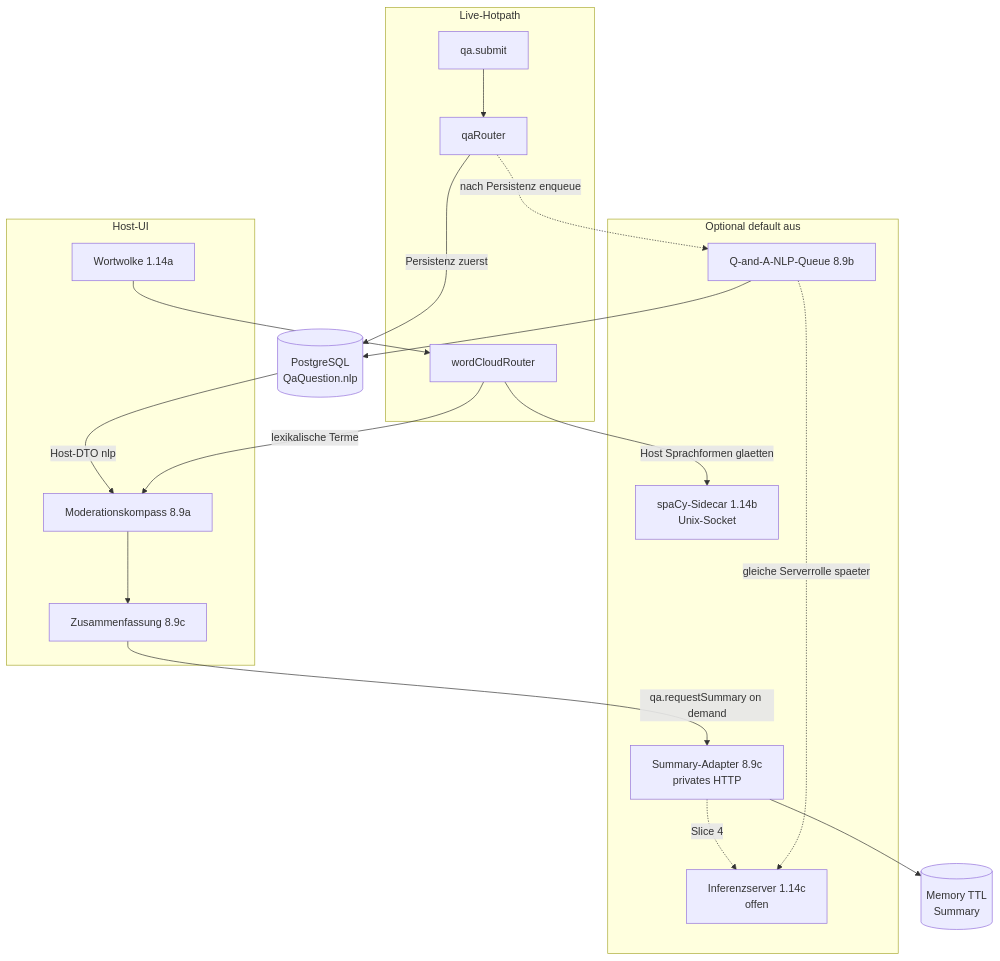
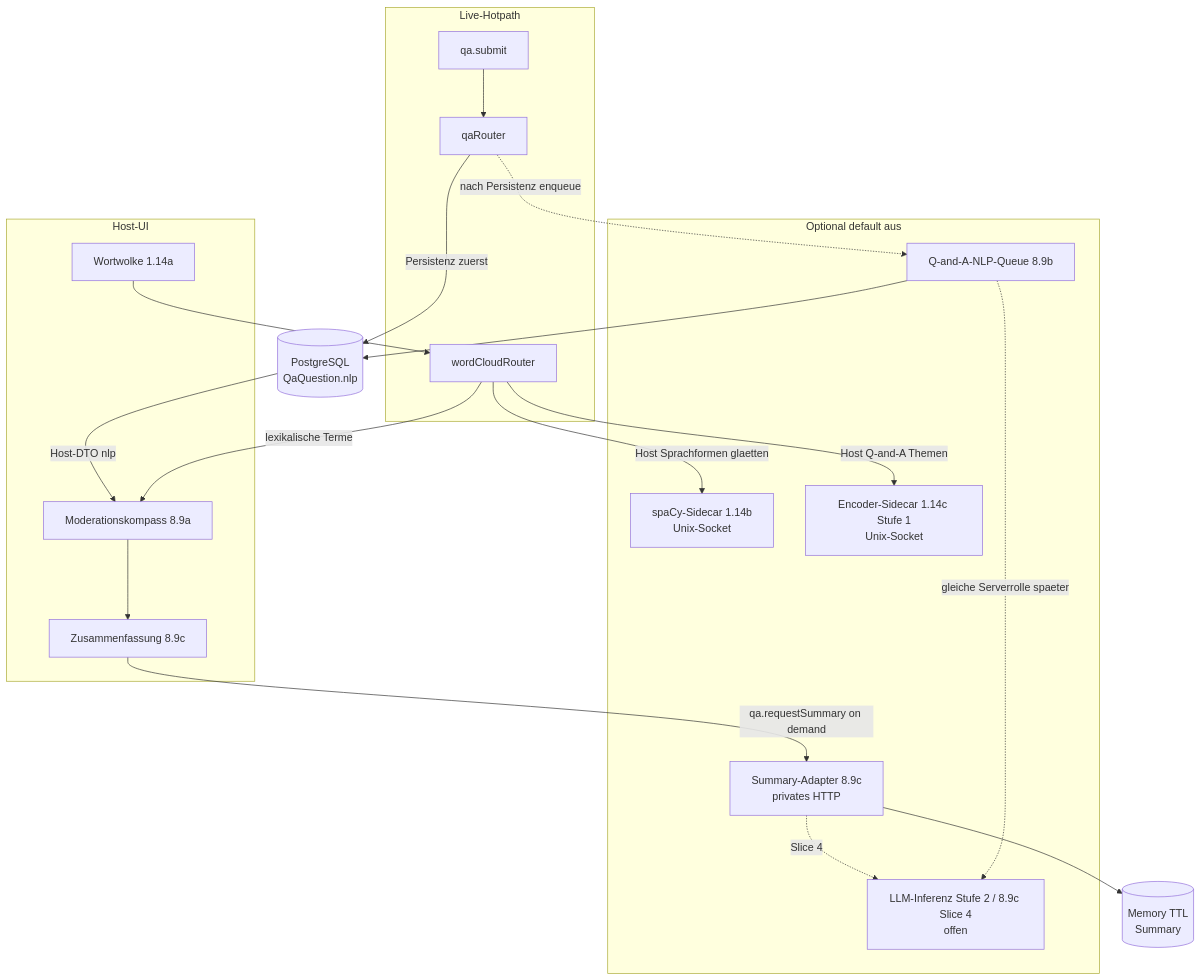
The third of 19 diagrams in docs/diagrams/diagrams.md (kqc-real/arsnova.eu), drawn with Mermaid before and after one commit. The commit also changed other lines of this file and 84 other files, not shown here.

First line of the commit message:
feat(word-cloud): Encoder und Clustering für Host-Q&A-Themenmodus (#308)

````diff
--- a/docs/diagrams/diagrams.md
+++ b/docs/diagrams/diagrams.md
@@ -148,39 +148,41 @@
 ```mermaid
 %%{init: {'flowchart': {'curve': 'basis', 'nodeSpacing': 48, 'rankSpacing': 72, 'padding': 16}}}%%
 flowchart TB
     subgraph HostUI["Host-UI"]
         COMPASS[Moderationskompass 8.9a]
         WCLOUDUI[Wortwolke 1.14a]
         SUMBTN[Zusammenfassung 8.9c]
     end
 
     subgraph Live["Live-Hotpath"]
         QASUB[qa.submit]
         WCR[wordCloudRouter]
         QAR[qaRouter]
     end
 
     subgraph Optional["Optional default aus"]
         SPACY[spaCy-Sidecar 1.14b<br/>Unix-Socket]
         NLPQ[Q-and-A-NLP-Queue 8.9b]
         SUMAD[Summary-Adapter 8.9c<br/>privates HTTP]
-        INFER[Inferenzserver 1.14c<br/>offen]
+        ENC[Encoder-Sidecar 1.14c Stufe 1<br/>Unix-Socket]
+        LLM[LLM-Inferenz Stufe 2 / 8.9c Slice 4<br/>offen]
     end
 
     PG[(PostgreSQL<br/>QaQuestion.nlp)]
     MEM[(Memory TTL<br/>Summary)]
 
     WCLOUDUI --> WCR
     WCR -->|Host Sprachformen glaetten| SPACY
+    WCR -->|Host Q-and-A Themen| ENC
     QASUB --> QAR
     QAR -->|Persistenz zuerst| PG
     QAR -.->|nach Persistenz enqueue| NLPQ
     NLPQ --> PG
     PG -->|Host-DTO nlp| COMPASS
     WCR -->|lexikalische Terme| COMPASS
     COMPASS --> SUMBTN
     SUMBTN -->|qa.requestSummary on demand| SUMAD
     SUMAD --> MEM
-    SUMAD -.->|Slice 4| INFER
-    NLPQ -.->|gleiche Serverrolle spaeter| INFER
+    SUMAD -.->|Slice 4| LLM
+    NLPQ -.->|gleiche Serverrolle spaeter| LLM
 ```
````
